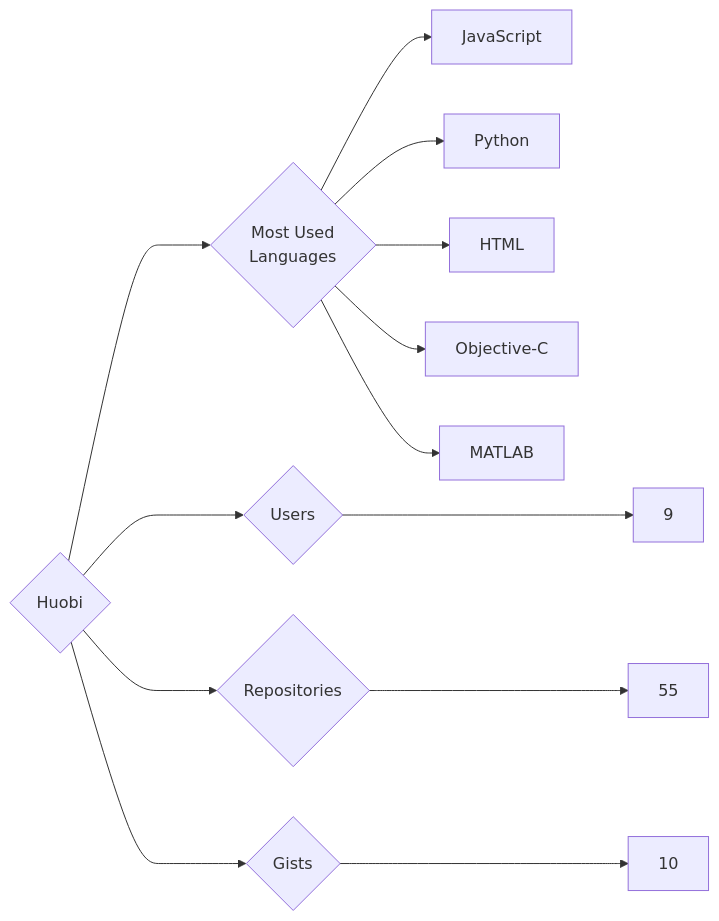
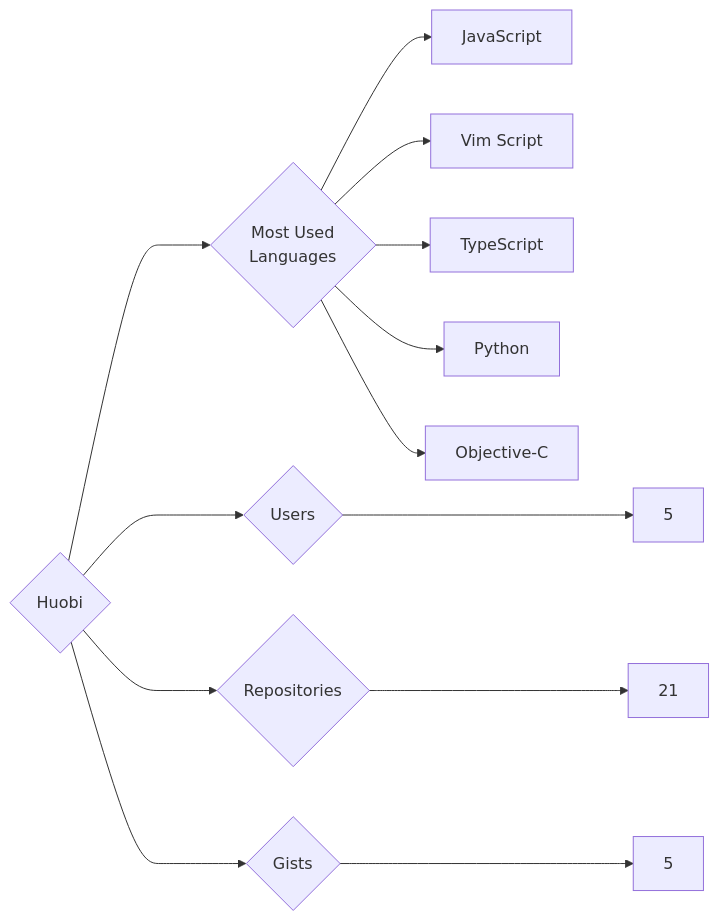
Before and after one commit to trickest/insiders: the diagram in targets/Huobi/README.md, drawn with Mermaid. The commit also changed 997 other files, not shown here.

````diff
--- a/targets/Huobi/README.md
+++ b/targets/Huobi/README.md
@@ -3,13 +3,13 @@
 ```mermaid
 graph LR
 COMPANY_NAME{Huobi}
-COMPANY_NAME ---> U{Users} ---> UN[9]
-COMPANY_NAME ---> R{Repositories} ---> RN[55]
-COMPANY_NAME ---> G{Gists} ---> GN[10]
+COMPANY_NAME ---> U{Users} ---> UN[5]
+COMPANY_NAME ---> R{Repositories} ---> RN[21]
+COMPANY_NAME ---> G{Gists} ---> GN[5]
 COMPANY_NAME ---> ML{Most Used<br>Languages}
 ML --> JavaScript[JavaScript]
+ML --> Vim_Script[Vim Script]
+ML --> TypeScript[TypeScript]
 ML --> Python[Python]
-ML --> HTML[HTML]
 ML --> Objective-C[Objective-C]
-ML --> MATLAB[MATLAB]
 ```
````
